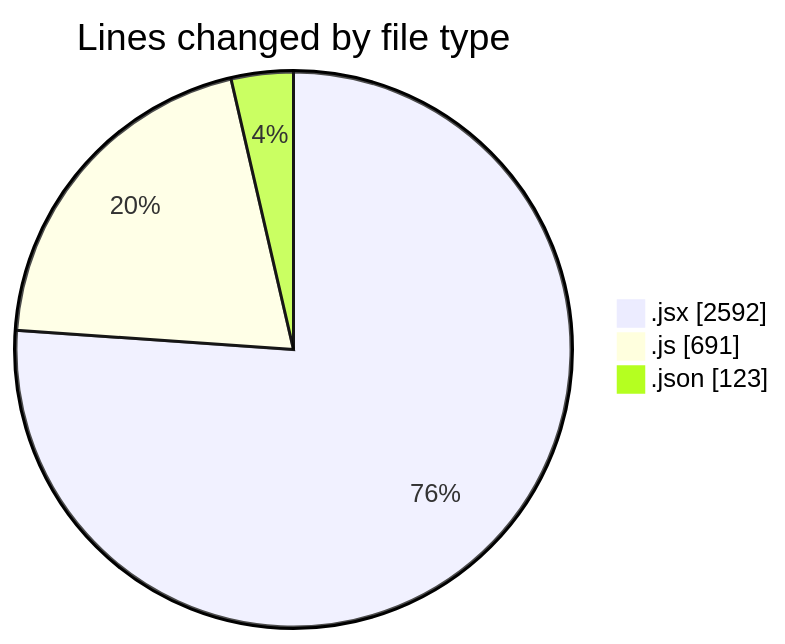
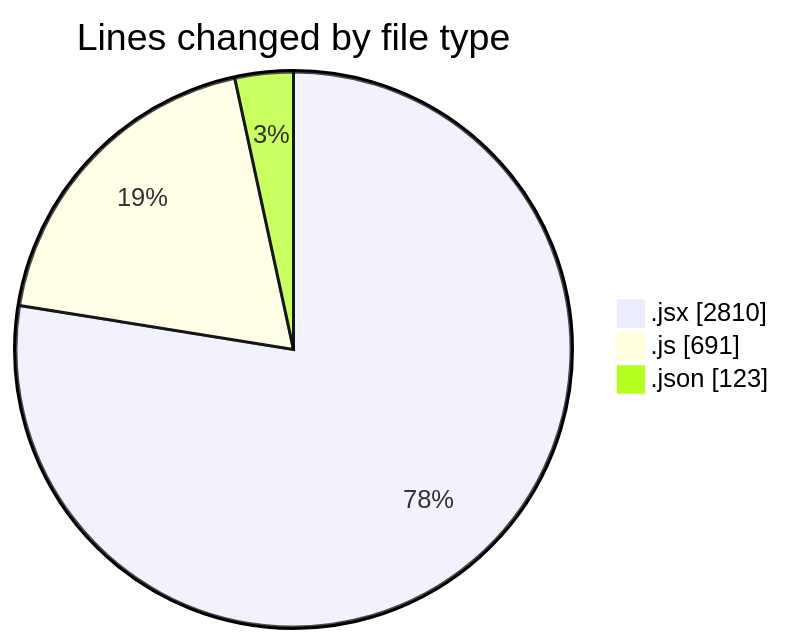
Before and after one commit to nxtqubesakshisongat/code-tracking: the first of 2 diagrams in 2025-12-28/nxtqube_webapp/README.md, drawn with Mermaid. The commit also changed other lines of this file and 1 other file, not shown here.

````diff
--- a/2025-12-28/nxtqube_webapp/README.md
+++ b/2025-12-28/nxtqube_webapp/README.md
@@ -25,7 +25,7 @@
 ```mermaid
 pie showData
 title Lines changed by file type
-".jsx" : 2592
+".jsx" : 2810
 ".js" : 691
 ".json" : 123
 ```
````
